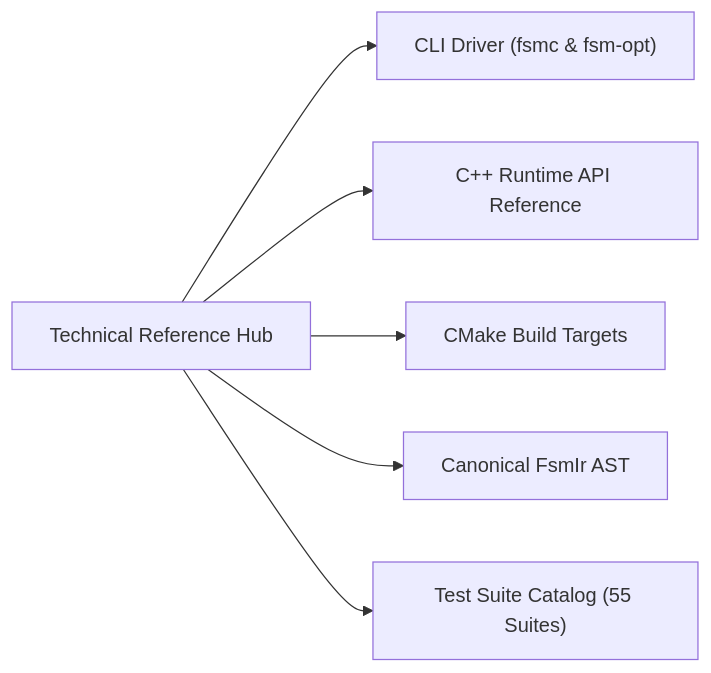
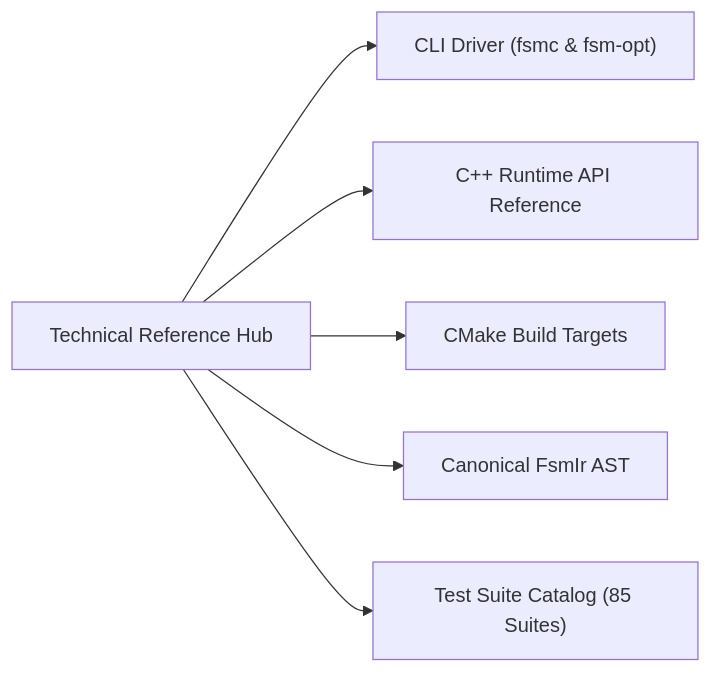
One commit to simoneCavalleri/fsmc changed the diagram in docs/reference/index.md. Above: the diagram before and after it, drawn with Mermaid. The commit also changed other lines of this file and 6 other files, not shown here.

````diff
--- a/docs/reference/index.md
+++ b/docs/reference/index.md
@@ -21,8 +21,8 @@
 ```mermaid
 graph LR
     Ref["Technical Reference Hub"] --> CLI["CLI Driver (fsmc & fsm-opt)"]
     Ref --> Cpp["C++ Runtime API Reference"]
     Ref --> CMake["CMake Build Targets"]
     Ref --> IR["Canonical FsmIr AST"]
-    Ref --> Catalog["Test Suite Catalog (55 Suites)"]
+    Ref --> Catalog["Test Suite Catalog (85 Suites)"]
 ```
````
